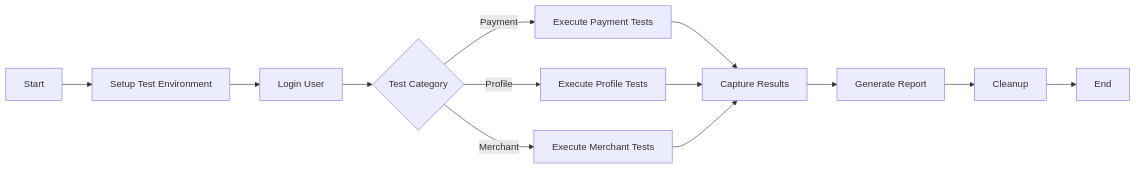
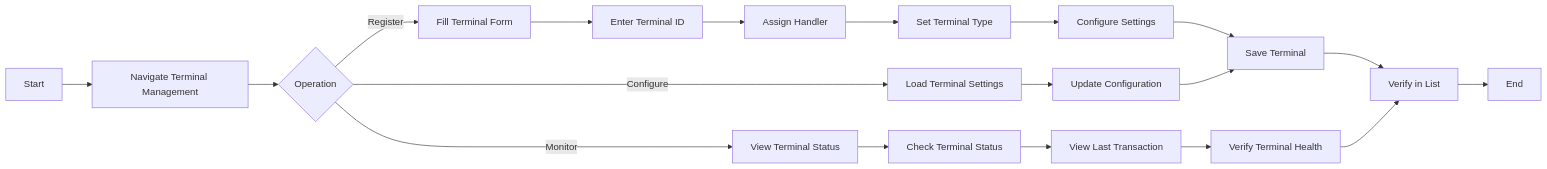
One commit to rabbiyamehmood/LKS_AXIAN_AUTOMATION changed the fifth of 13 diagrams in FLOW_DIAGRAM.md. Above: the diagram before and after it, drawn with Mermaid. The commit also changed other lines of this file, not shown here.

Commit message:
Update flow diagrams to match LKS portal structure (Admin Dashboard, Handlers, Terminals, Transactions)

````diff
--- a/FLOW_DIAGRAM.md
+++ b/FLOW_DIAGRAM.md
@@ -199,15 +181,24 @@
 ```mermaid
 graph LR
-    A[Start] --> B[Setup Test Environment]
-    B --> C[Login User]
-    C --> D{Test Category}
-    D -->|Payment| E[Execute Payment Tests]
-    D -->|Profile| F[Execute Profile Tests]
-    D -->|Merchant| G[Execute Merchant Tests]
-    E --> H[Capture Results]
-    F --> H
-    G --> H
-    H --> I[Generate Report]
-    I --> J[Cleanup]
-    J --> K[End]
+    A[Start] --> B[Navigate Terminal Management]
+    B --> C{Operation}
+    C -->|Register| D[Fill Terminal Form]
+    C -->|Configure| E[Load Terminal Settings]
+    C -->|Monitor| F[View Terminal Status]
+    
+    D --> G[Enter Terminal ID]
+    G --> H[Assign Handler]
+    H --> I[Set Terminal Type]
+    I --> J[Configure Settings]
+    J --> K[Save Terminal]
+    
+    E --> L[Update Configuration]
+    L --> K
+    
+    F --> M[Check Terminal Status]
+    M --> N[View Last Transaction]
+    N --> O[Verify Terminal Health]
+    K --> P[Verify in List]
+    O --> P
+    P --> Q[End]
 ```
````
